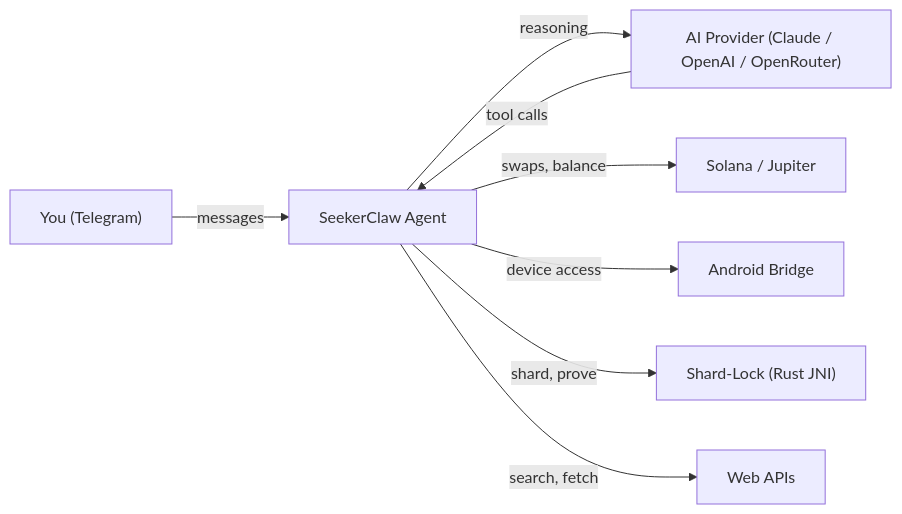
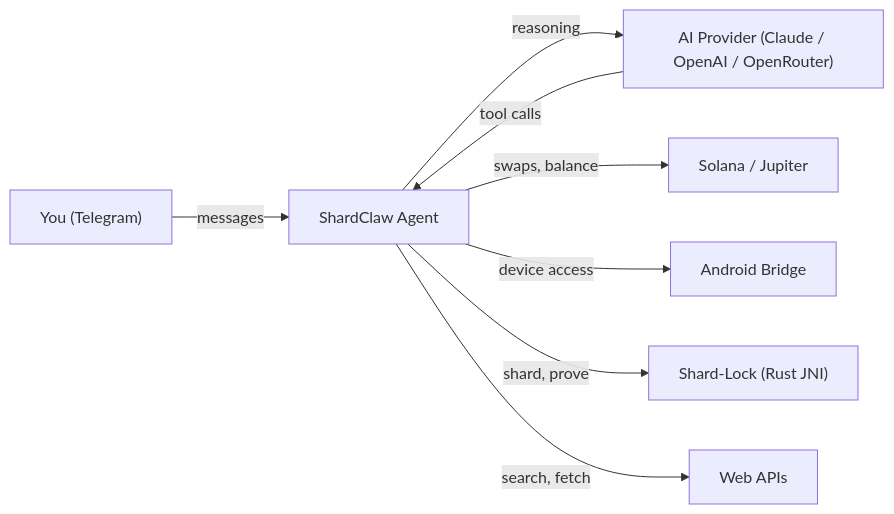
The first of 5 diagrams in README.md (RYthaGOD/seekerclaw-x-shard-lock), drawn with Mermaid before and after one commit. The commit also changed other lines of this file and 146 other files, not shown here.

First line of the commit message:
feat: Global ShardClaw Rebranding — 'Industrial Futurism' Evolution

````diff
--- a/README.md
+++ b/README.md
@@ -52,10 +56,10 @@
 ```mermaid
 graph LR
-    You["You (Telegram)"] -->|messages| Agent["SeekerClaw Agent"]
+    You["You (Telegram)"] -->|messages| Agent["ShardClaw Agent"]
     Agent -->|reasoning| AI["AI Provider (Claude / OpenAI / OpenRouter)"]
     Agent -->|swaps, balance| Solana["Solana / Jupiter"]
     Agent -->|device access| Bridge["Android Bridge"]
     Agent -->|shard, prove| ShardLock["Shard-Lock (Rust JNI)"]
     Agent -->|search, fetch| Web["Web APIs"]
     AI -->|tool calls| Agent
 ```
````
